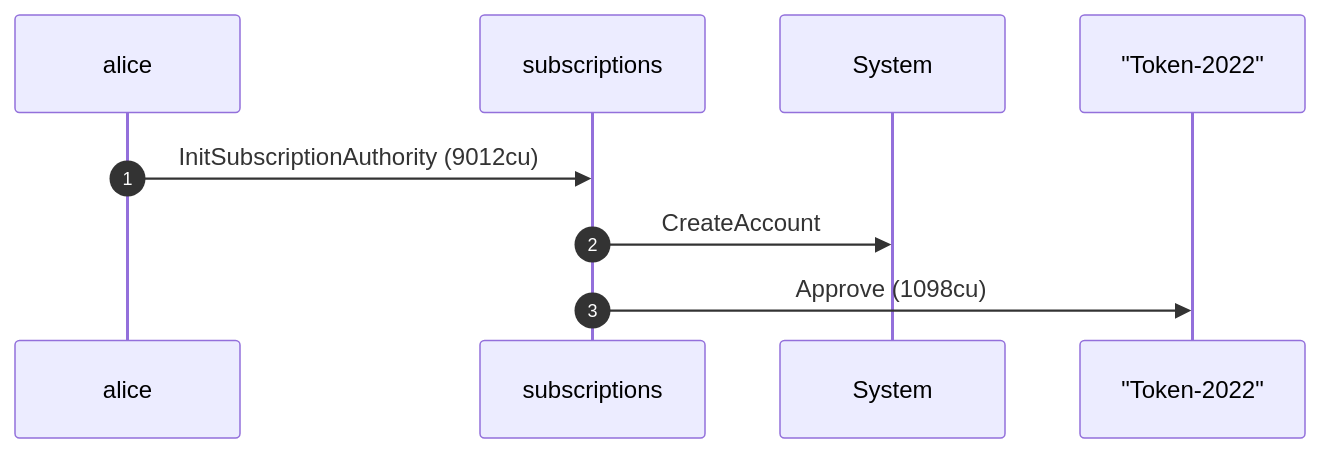
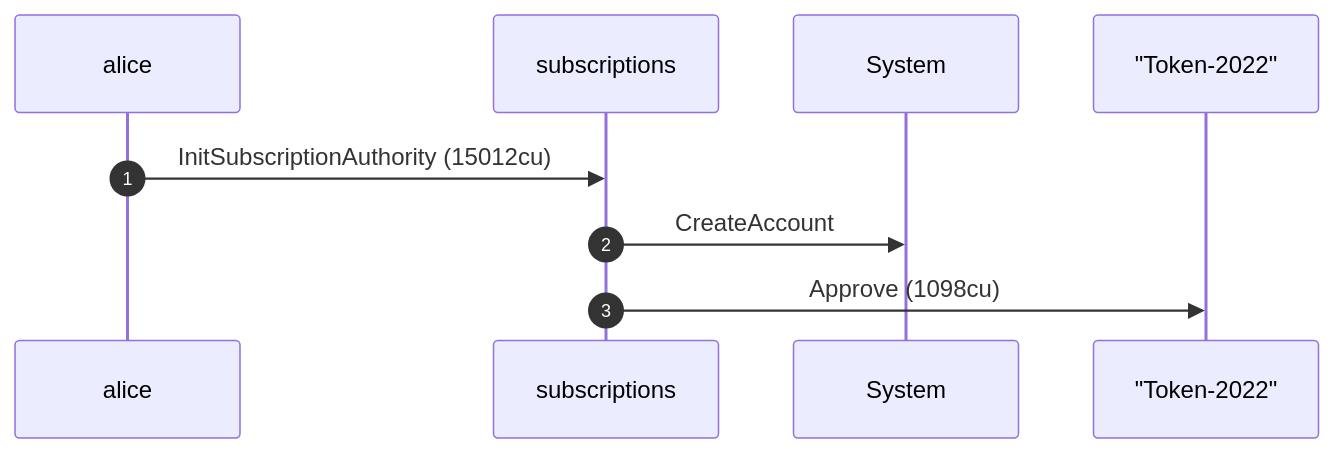
Before and after one commit to cds-rs/subscriptions: the first of 12 diagrams in dsl_tests/recurring-transfer-over-a-token-2022-unconfigured-transfer-hook-mint.md, drawn with Mermaid. The commit also changed other lines of this file and 224 other files, not shown here.

````diff
--- a/dsl_tests/recurring-transfer-over-a-token-2022-unconfigured-transfer-hook-mint.md
+++ b/dsl_tests/recurring-transfer-over-a-token-2022-unconfigured-transfer-hook-mint.md
@@ -24,11 +25,11 @@
 ```mermaid
 sequenceDiagram
     autonumber
     participant alice
     participant subscriptions
     participant System
     participant Token_2022 as "Token-2022"
-    alice ->> subscriptions: InitSubscriptionAuthority (9012cu)
+    alice ->> subscriptions: InitSubscriptionAuthority (15012cu)
     subscriptions ->> System: CreateAccount
     subscriptions ->> Token_2022: Approve (1098cu)
 ```
````
